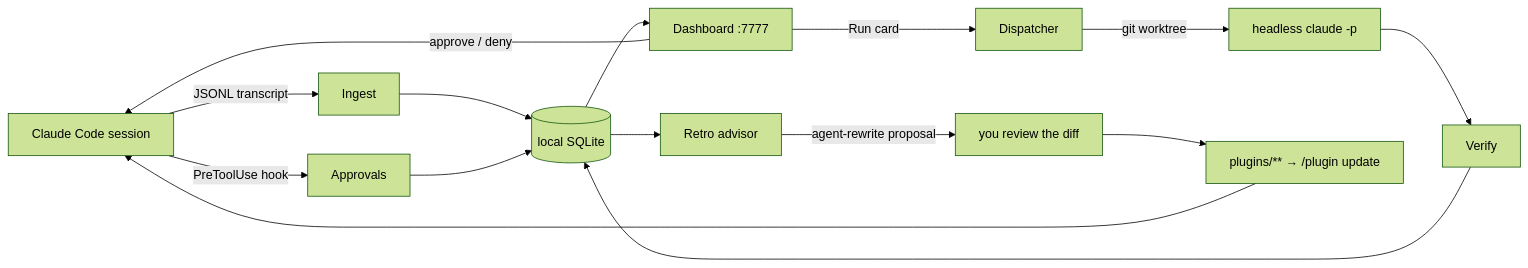
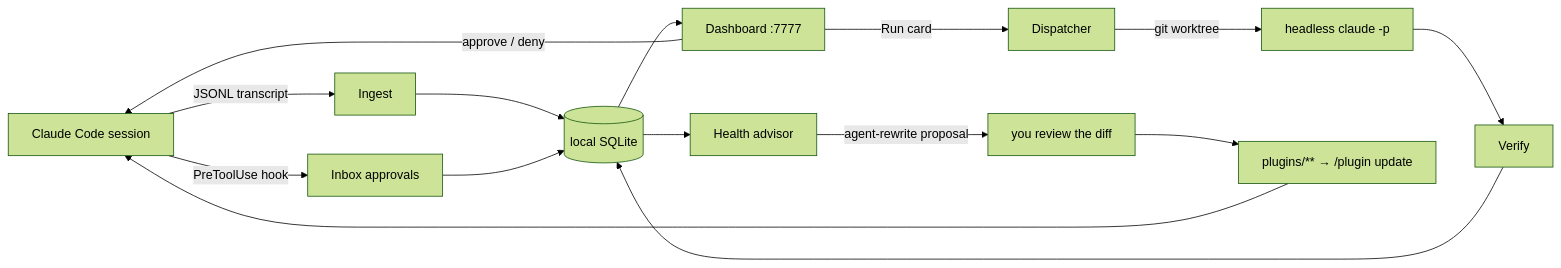
Before and after one commit to atretyak1985/swarmery: the diagram in README.md, drawn with Mermaid (forest theme). The commit also changed other lines of this file and 25 other files, not shown here.

````diff
--- a/README.md
+++ b/README.md
@@ -158,17 +157,17 @@
 ```mermaid
 flowchart LR
     CC["Claude Code session"] -->|JSONL transcript| ING[Ingest]
-    CC -->|PreToolUse hook| APPR[Approvals]
+    CC -->|PreToolUse hook| APPR[Inbox approvals]
     ING --> DB[(local SQLite)]
     APPR --> DB
     DB --> UI["Dashboard :7777"]
     UI -->|approve / deny| CC
     UI -->|Run card| DISP[Dispatcher]
     DISP -->|git worktree| AGENT["headless claude -p"]
     AGENT --> VER[Verify]
     VER --> DB
-    DB --> ADV[Retro advisor]
+    DB --> ADV[Health advisor]
     ADV -->|agent-rewrite proposal| REVIEW["you review the diff"]
     REVIEW --> PLUGINS["plugins/** → /plugin update"]
     PLUGINS --> CC
 ```
````
